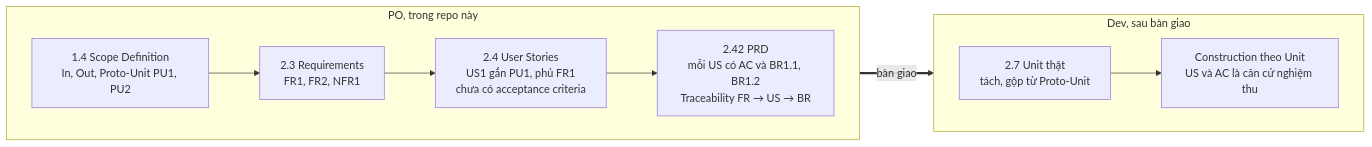
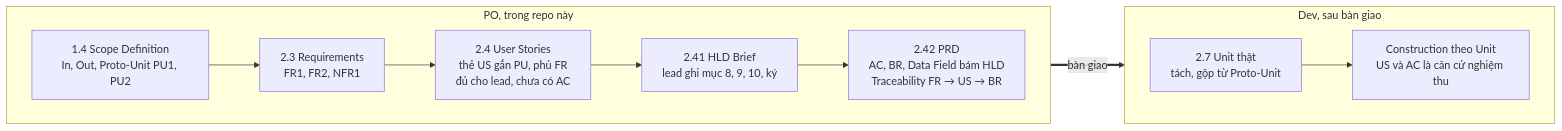
Before and after one commit to sonhero981/upbase-specs-test: the second of 3 diagrams in README.md, drawn with Mermaid. The commit also changed other lines of this file and 31 other files, not shown here.

First line of the commit message:
Thẻ US đủ cho HLD, PRD bám HLD Brief, văn viết cho tài liệu

````diff
--- a/README.md
+++ b/README.md
@@ -68,14 +68,14 @@
 ```mermaid
 flowchart LR
     subgraph PO["PO, trong repo này"]
         direction LR
         S14["1.4 Scope Definition<br/>In, Out, Proto-Unit PU1, PU2"] --> S23["2.3 Requirements<br/>FR1, FR2, NFR1"]
-        S23 --> S24["2.4 User Stories<br/>US1 gắn PU1, phủ FR1<br/>chưa có acceptance criteria"]
-        S24 --> S242["2.42 PRD<br/>mỗi US có AC và BR1.1, BR1.2<br/>Traceability FR → US → BR"]
+        S23 --> S24["2.4 User Stories<br/>thẻ US gắn PU, phủ FR<br/>đủ cho lead, chưa có AC"]
+        S24 --> S241["2.41 HLD Brief<br/>lead ghi mục 8, 9, 10, ký"] --> S242["2.42 PRD<br/>AC, BR, Data Field bám HLD<br/>Traceability FR → US → BR"]
     end
     subgraph DEV["Dev, sau bàn giao"]
         direction LR
         U["2.7 Unit thật<br/>tách, gộp từ Proto-Unit"] --> C["Construction theo Unit<br/>US và AC là căn cứ nghiệm thu"]
     end
     S242 ==>|"bàn giao"| U
 ```
````
